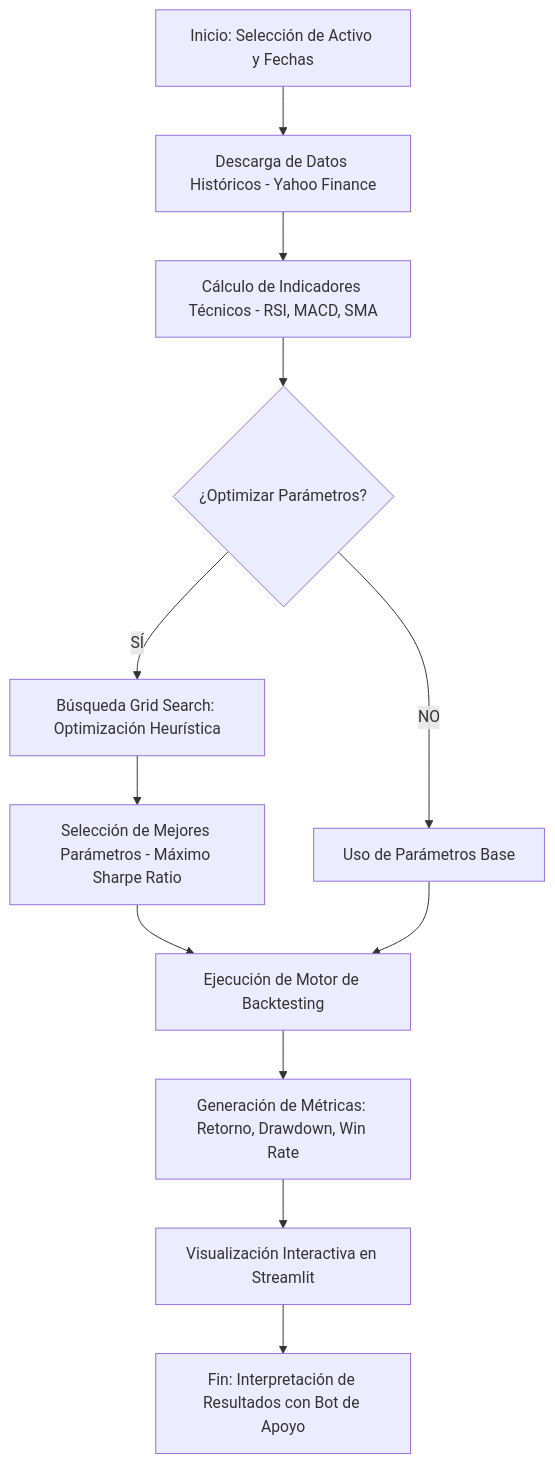
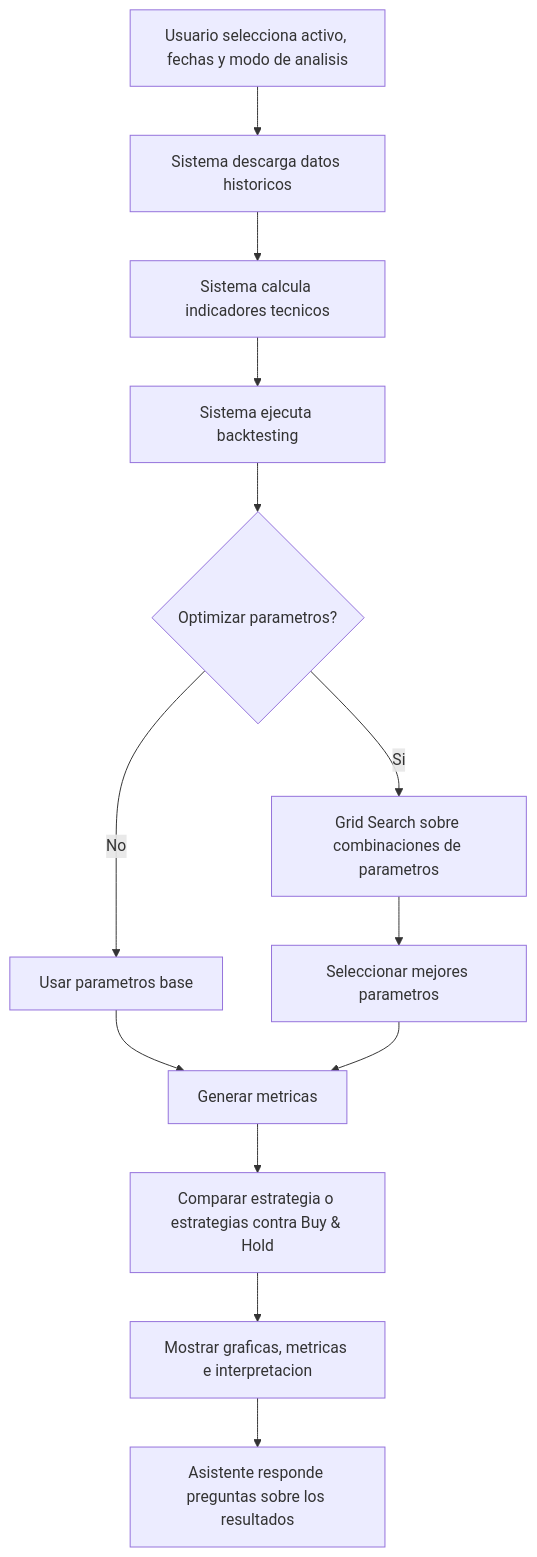
The diagram in trading_bot/README.md (jmgallol/IA_Project), drawn with Mermaid before and after one commit. The commit also changed other lines of this file and 5 other files, not shown here.

````diff
--- a/trading_bot/README.md
+++ b/trading_bot/README.md
@@ -16,14 +23,15 @@
 ```mermaid
-graph TD
-    A[Inicio: Selección de Activo y Fechas] --> B[Descarga de Datos Históricos - Yahoo Finance]
-    B --> C[Cálculo de Indicadores Técnicos - RSI, MACD, SMA]
-    C --> D{¿Optimizar Parámetros?}
-    D -- SÍ --> E[Búsqueda Grid Search: Optimización Heurística]
-    E --> F[Selección de Mejores Parámetros - Máximo Sharpe Ratio]
-    D -- NO --> G[Uso de Parámetros Base]
-    F --> H[Ejecución de Motor de Backtesting]
-    G --> H[Ejecución de Motor de Backtesting]
-    H --> I[Generación de Métricas: Retorno, Drawdown, Win Rate]
-    I --> J[Visualización Interactiva en Streamlit]
-    J --> K[Fin: Interpretación de Resultados con Bot de Apoyo]
+flowchart TD
+    A[Usuario selecciona activo, fechas y modo de analisis] --> B[Sistema descarga datos historicos]
+    B --> C[Sistema calcula indicadores tecnicos]
+    C --> D[Sistema ejecuta backtesting]
+    D --> E{Optimizar parametros?}
+    E -- Si --> F[Grid Search sobre combinaciones de parametros]
+    E -- No --> G[Usar parametros base]
+    F --> H[Seleccionar mejores parametros]
+    G --> I[Generar metricas]
+    H --> I[Generar metricas]
+    I --> J[Comparar estrategia o estrategias contra Buy & Hold]
+    J --> K[Mostrar graficas, metricas e interpretacion]
+    K --> L[Asistente responde preguntas sobre los resultados]
 ```
````
